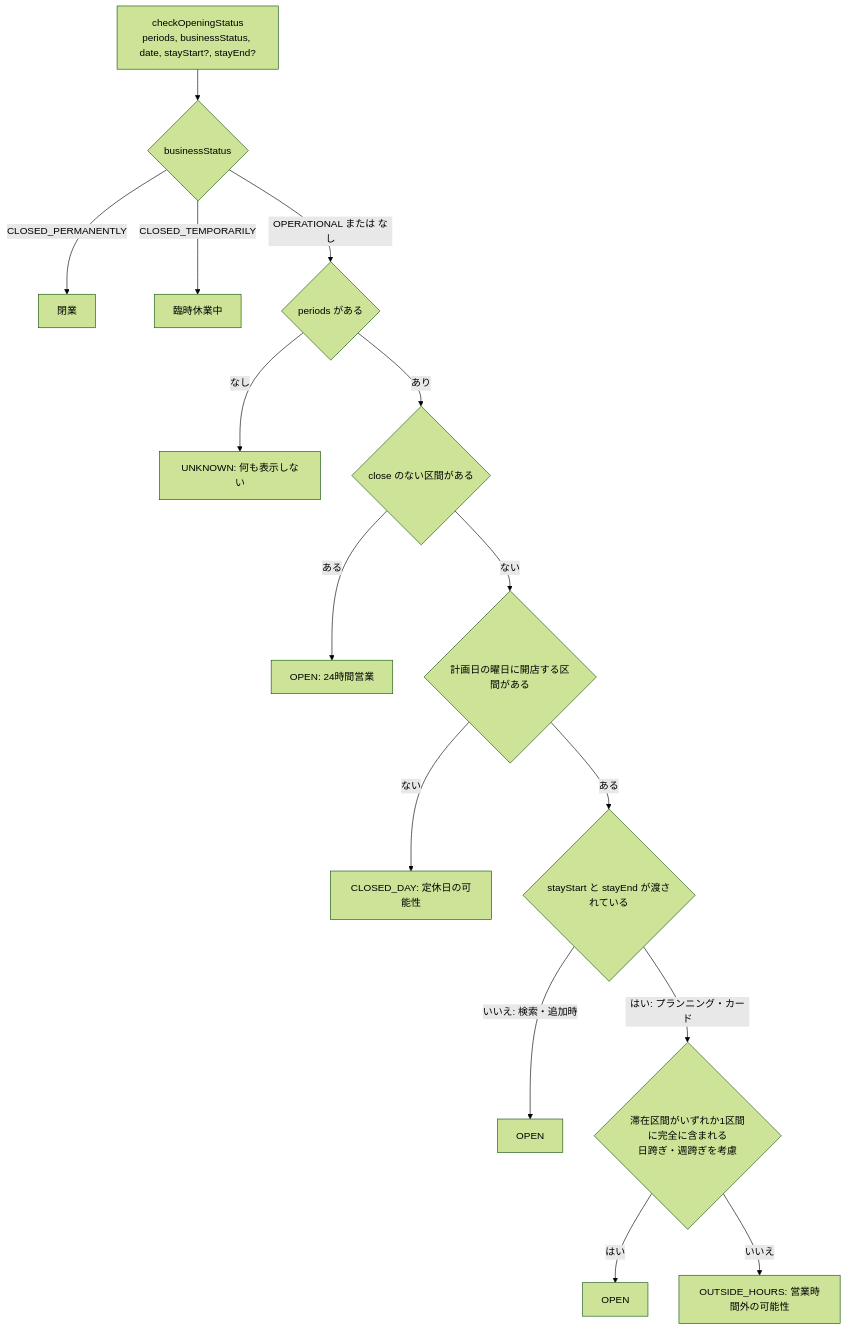
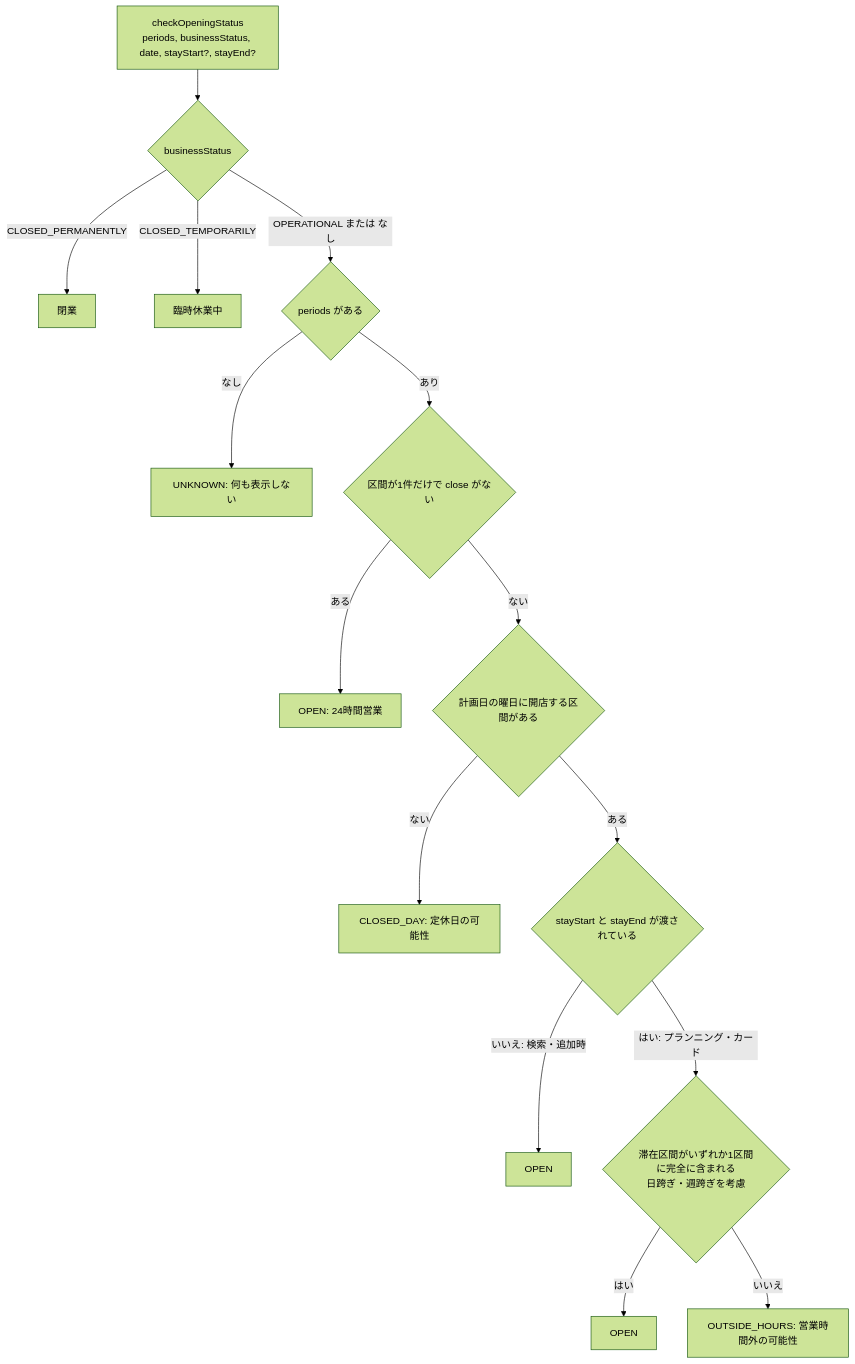
The second of 4 diagrams in docs/tasks/No.158/No.158_処理フロー.md (ju-ki/moptabi), drawn with Mermaid (forest theme) before and after one commit. The commit also changed 1 other file, not shown here.

Commit message:
docs: No.158 24時間営業の判定条件を表示側とそろえる
Claude-Session: https://claude.ai/code/session_01SZCqSJMxciUPk3wQeFLqry

````diff
--- a/docs/tasks/No.158/No.158_処理フロー.md
+++ b/docs/tasks/No.158/No.158_処理フロー.md
@@ -27,17 +27,17 @@
 ```mermaid
 flowchart TD
   S["checkOpeningStatus<br/>periods, businessStatus, date, stayStart?, stayEnd?"] --> A{"businessStatus"}
   A -->|"CLOSED_PERMANENTLY"| R1["閉業"]
   A -->|"CLOSED_TEMPORARILY"| R2["臨時休業中"]
   A -->|"OPERATIONAL または なし"| B{"periods がある"}
   B -->|"なし"| R3["UNKNOWN: 何も表示しない"]
-  B -->|"あり"| C{"close のない区間がある"}
+  B -->|"あり"| C{"区間が1件だけで close がない"}
   C -->|"ある"| R4["OPEN: 24時間営業"]
   C -->|"ない"| D{"計画日の曜日に開店する区間がある"}
   D -->|"ない"| R5["CLOSED_DAY: 定休日の可能性"]
   D -->|"ある"| E{"stayStart と stayEnd が渡されている"}
   E -->|"いいえ: 検索・追加時"| R6["OPEN"]
   E -->|"はい: プランニング・カード"| F{"滞在区間がいずれか1区間に完全に含まれる<br/>日跨ぎ・週跨ぎを考慮"}
   F -->|"はい"| R7["OPEN"]
   F -->|"いいえ"| R8["OUTSIDE_HOURS: 営業時間外の可能性"]
 ```
````
